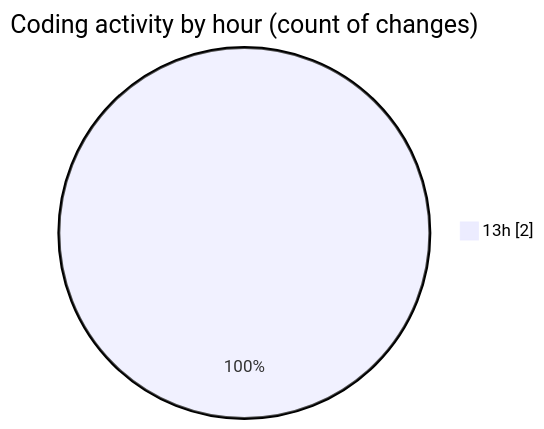
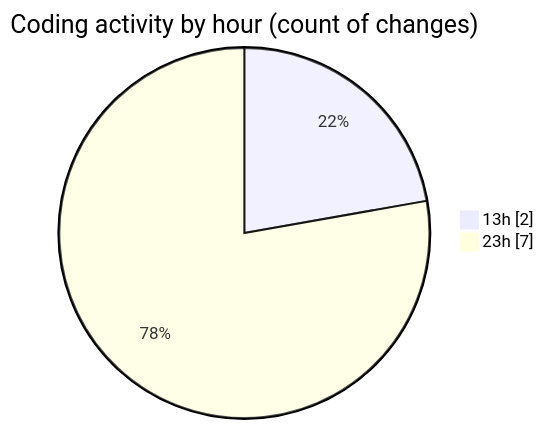
Before and after one commit to hasnaa123/code-tracking: the second of 2 diagrams in 2025-12-14/technologie_web/README.md, drawn with Mermaid. The commit also changed other lines of this file and 1 other file, not shown here.

````diff
--- a/2025-12-14/technologie_web/README.md
+++ b/2025-12-14/technologie_web/README.md
@@ -28,5 +28,6 @@
 ```mermaid
 pie showData
 title Coding activity by hour (count of changes)
 "13h" : 2
+"23h" : 7
 ```
````
